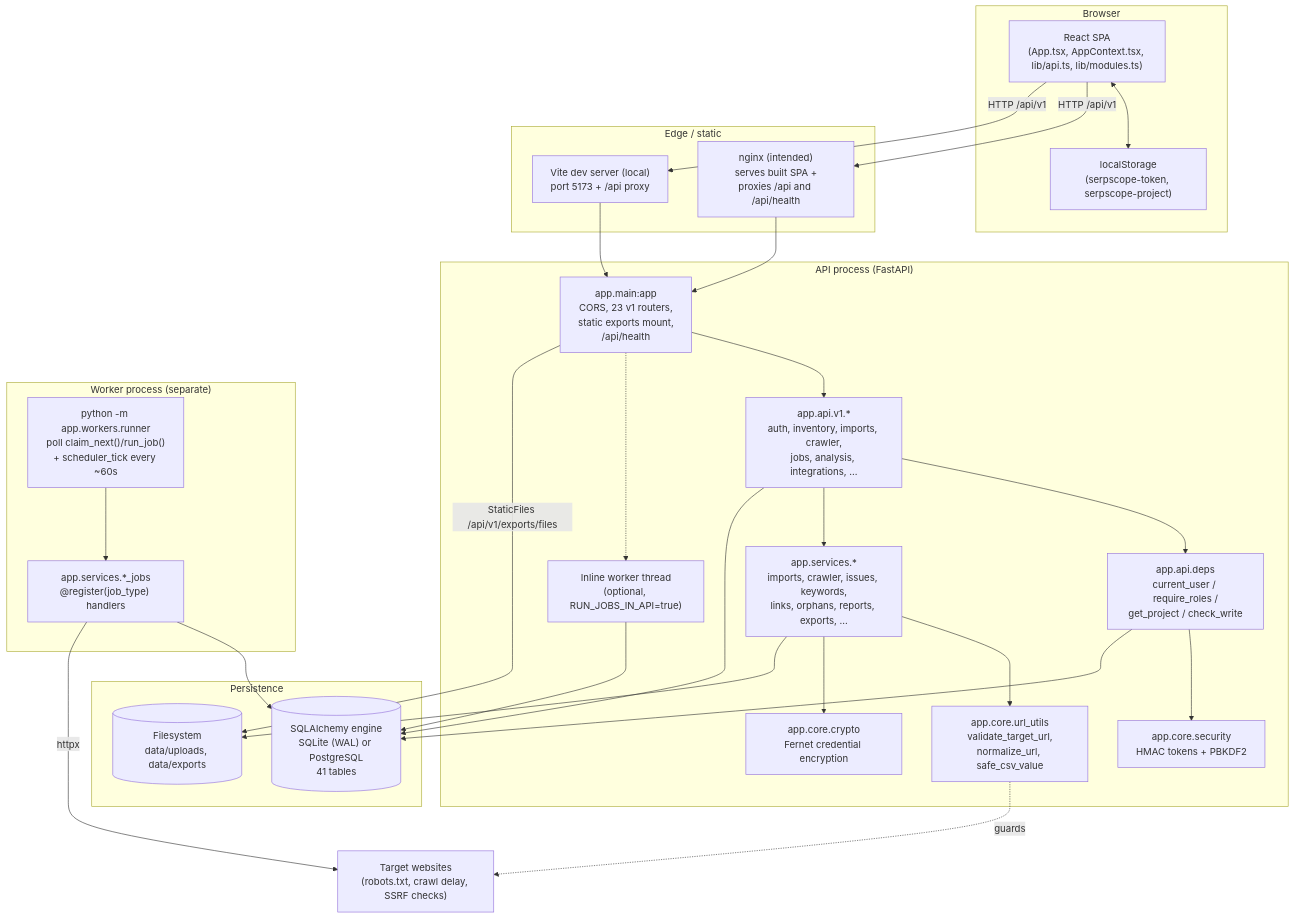
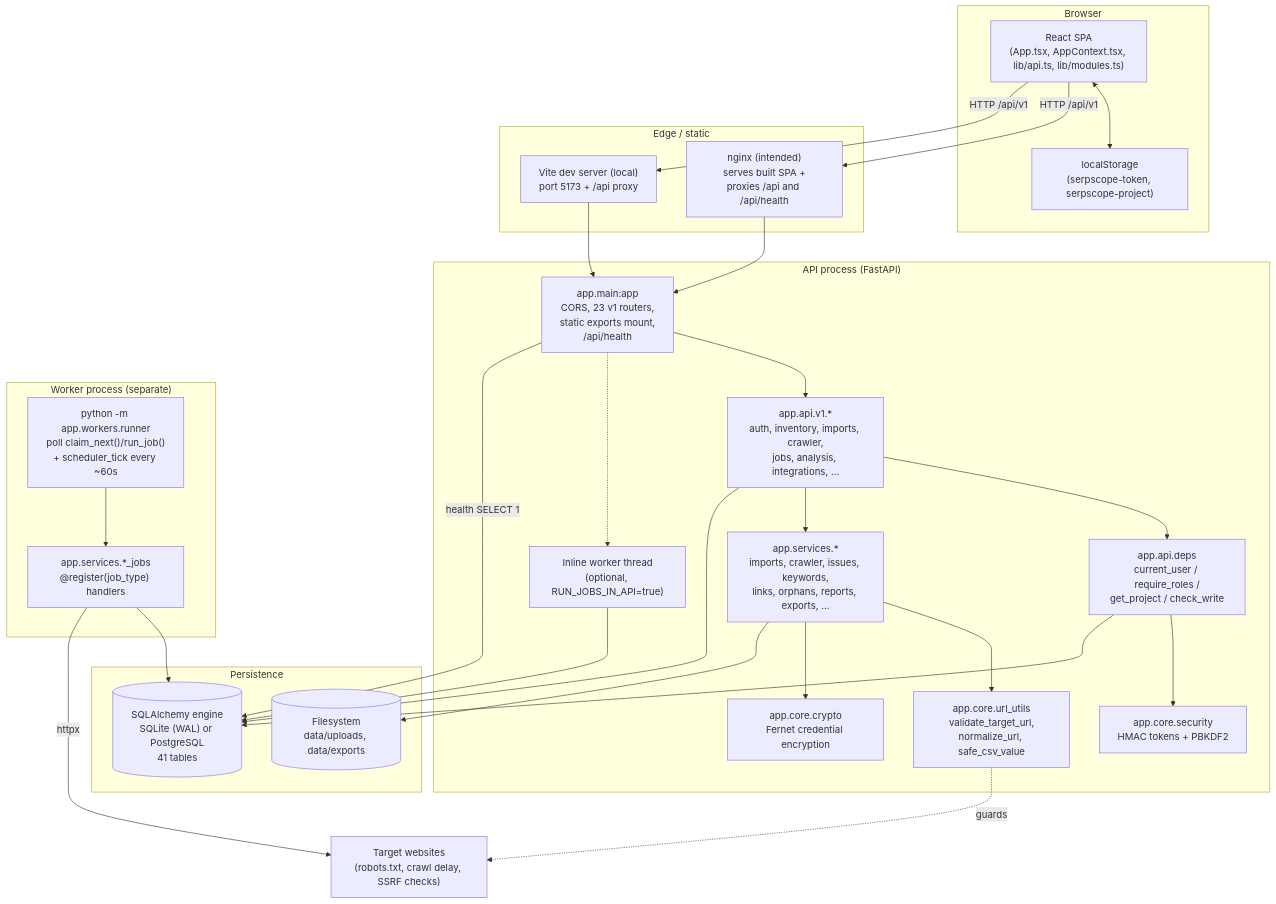
Before and after one commit to bevijaygupta/serpscope: the first of 3 diagrams in docs/ARCHITECTURE.md, drawn with Mermaid. The commit also changed other lines of this file and 19 other files, not shown here.

````diff
--- a/docs/ARCHITECTURE.md
+++ b/docs/ARCHITECTURE.md
@@ -22,57 +22,57 @@
 ```mermaid
 flowchart TB
     subgraph browser["Browser"]
         SPA["React SPA\n(App.tsx, AppContext.tsx, lib/api.ts, lib/modules.ts)"]
         LS["localStorage\n(serpscope-token, serpscope-project)"]
         SPA <--> LS
     end
 
     subgraph edge["Edge / static"]
         NGINX["nginx (intended)\nserves built SPA +\nproxies /api and /api/health"]
         VITE["Vite dev server (local)\nport 5173 + /api proxy"]
     end
 
     subgraph api["API process (FastAPI)"]
         MAIN["app.main:app\nCORS, 23 v1 routers,\nstatic exports mount,\n/api/health"]
         DEPS["app.api.deps\ncurrent_user / require_roles /\nget_project / check_write"]
         ROUTERS["app.api.v1.*\nauth, inventory, imports, crawler,\njobs, analysis, integrations, ..."]
         SEC["app.core.security\nHMAC tokens + PBKDF2"]
         URLU["app.core.url_utils\nvalidate_target_url,\nnormalize_url, safe_csv_value"]
         CRYPTO["app.core.crypto\nFernet credential encryption"]
         SERVICES["app.services.*\nimports, crawler, issues, keywords,\nlinks, orphans, reports, exports, ..."]
         INLINE["Inline worker thread\n(optional, RUN_JOBS_IN_API=true)"]
         MAIN --> ROUTERS
         ROUTERS --> DEPS
         DEPS --> SEC
         ROUTERS --> SERVICES
         SERVICES --> URLU
         SERVICES --> CRYPTO
         MAIN -.-> INLINE
     end
 
     subgraph worker["Worker process (separate)"]
         RUNNER["python -m app.workers.runner\npoll claim_next()/run_job()\n+ scheduler_tick every ~60s"]
         HANDLERS["app.services.*_jobs\n@register(job_type) handlers"]
         RUNNER --> HANDLERS
     end
 
     subgraph data["Persistence"]
         DB[("SQLAlchemy engine\nSQLite (WAL) or PostgreSQL\n41 tables")]
         FILES[("Filesystem\ndata/uploads, data/exports")]
     end
 
     EXTERNAL["Target websites\n(robots.txt, crawl delay, SSRF checks)"]
 
     SPA -->|HTTP /api/v1| NGINX
     SPA -->|HTTP /api/v1| VITE
     NGINX --> MAIN
     VITE --> MAIN
     ROUTERS --> DB
     DEPS --> DB
     HANDLERS --> DB
     INLINE --> DB
     SERVICES --> FILES
-    MAIN -->|StaticFiles /api/v1/exports/files| FILES
+    MAIN -->|health SELECT 1| DB
     HANDLERS -->|httpx| EXTERNAL
     URLU -.->|guards| EXTERNAL
 ```
````
